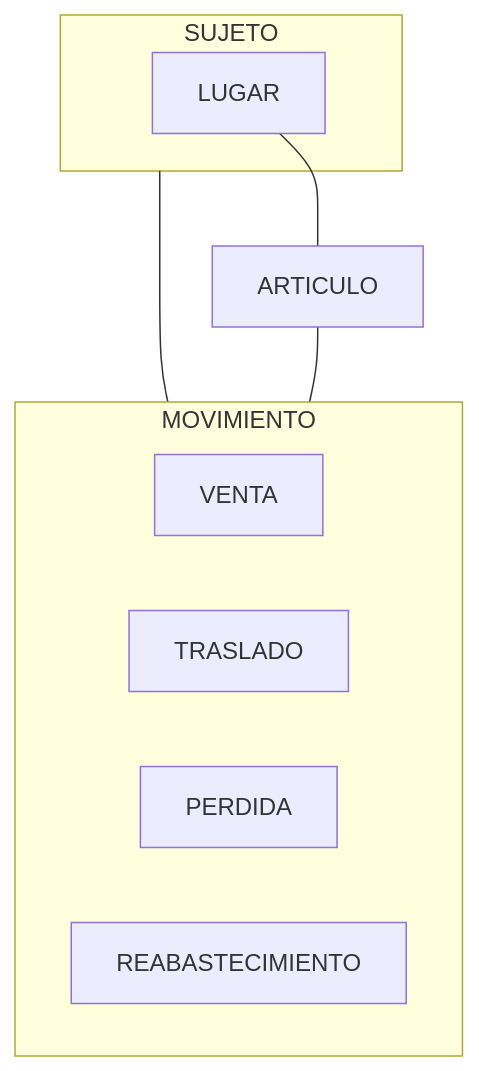
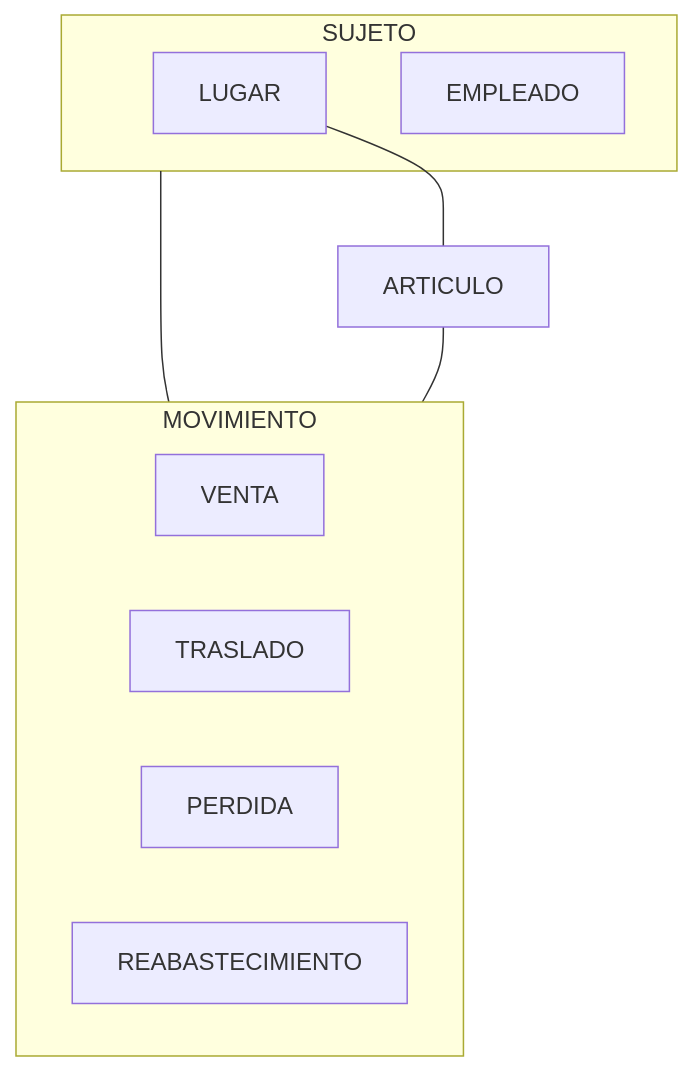
The first of 5 diagrams in README.md (Rarity03/docs), drawn with Mermaid before and after one commit. The commit also changed other lines of this file and 1 other file, not shown here.

````diff
--- a/README.md
+++ b/README.md
@@ -52,17 +51,17 @@
 ```mermaid
 graph TD;
     LUGAR---ARTICULO;    
     SUJETO---MOVIMIENTO;
     ARTICULO---MOVIMIENTO;
     subgraph MOVIMIENTO
         VENTA
         TRASLADO
         PERDIDA
         REABASTECIMIENTO
     end
 
     subgraph SUJETO
-        
+        EMPLEADO
         LUGAR
     end
 ```
````
